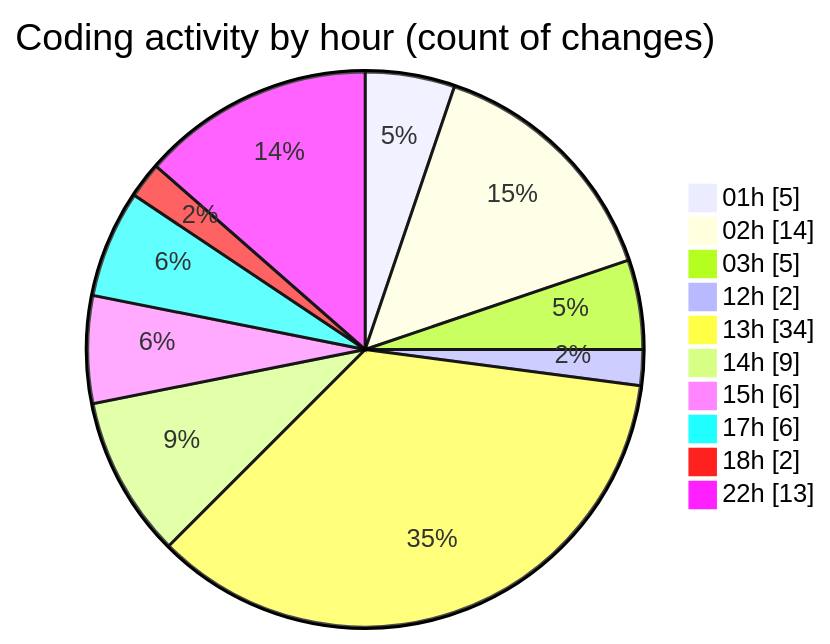
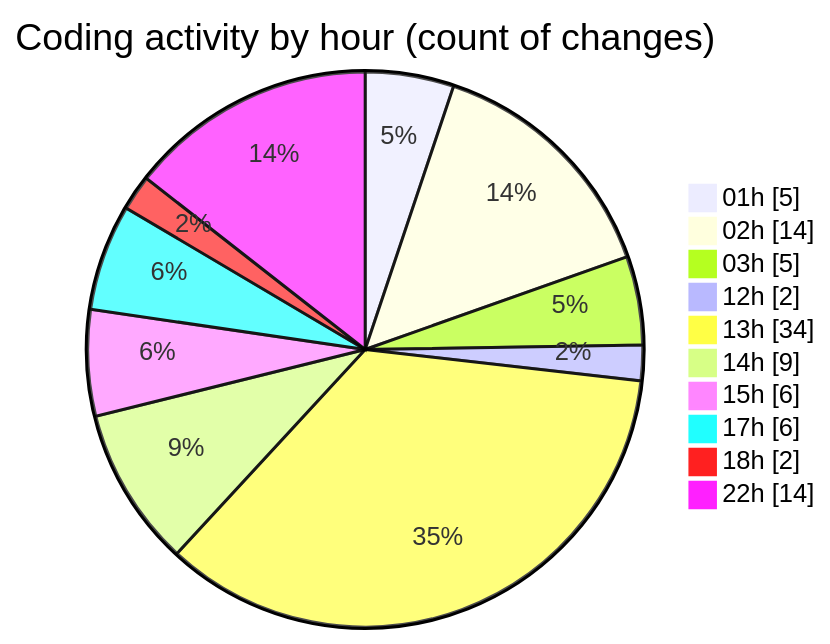
One commit to julien-gomy/code-tracking changed the second of 2 diagrams in 2025-10-23/eventscop-frontend-guide__workspace_/README.md. Above: the diagram before and after it, drawn with Mermaid. The commit also changed other lines of this file and 1 other file, not shown here.

````diff
--- a/2025-10-23/eventscop-frontend-guide__workspace_/README.md
+++ b/2025-10-23/eventscop-frontend-guide__workspace_/README.md
@@ -50,14 +50,14 @@
 ```mermaid
 pie showData
 title Coding activity by hour (count of changes)
 "01h" : 5
 "02h" : 14
 "03h" : 5
 "12h" : 2
 "13h" : 34
 "14h" : 9
 "15h" : 6
 "17h" : 6
 "18h" : 2
-"22h" : 13
+"22h" : 14
 ```
````
